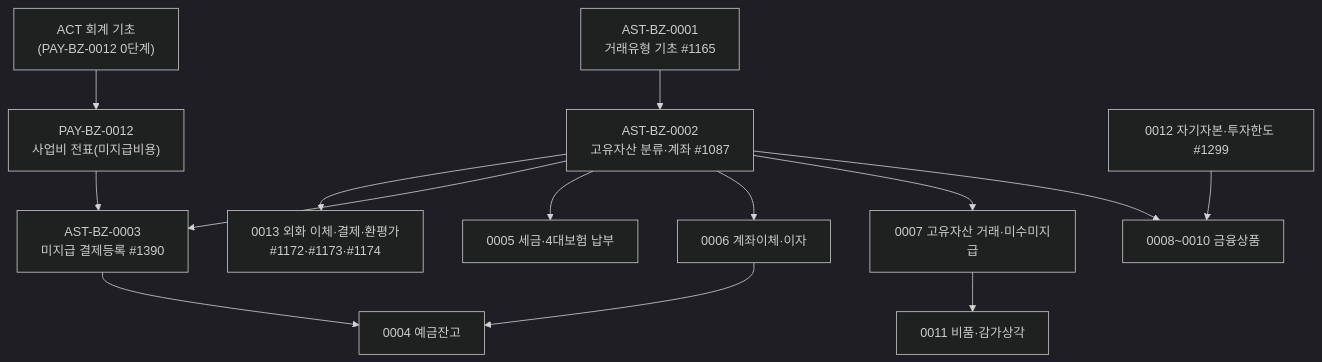
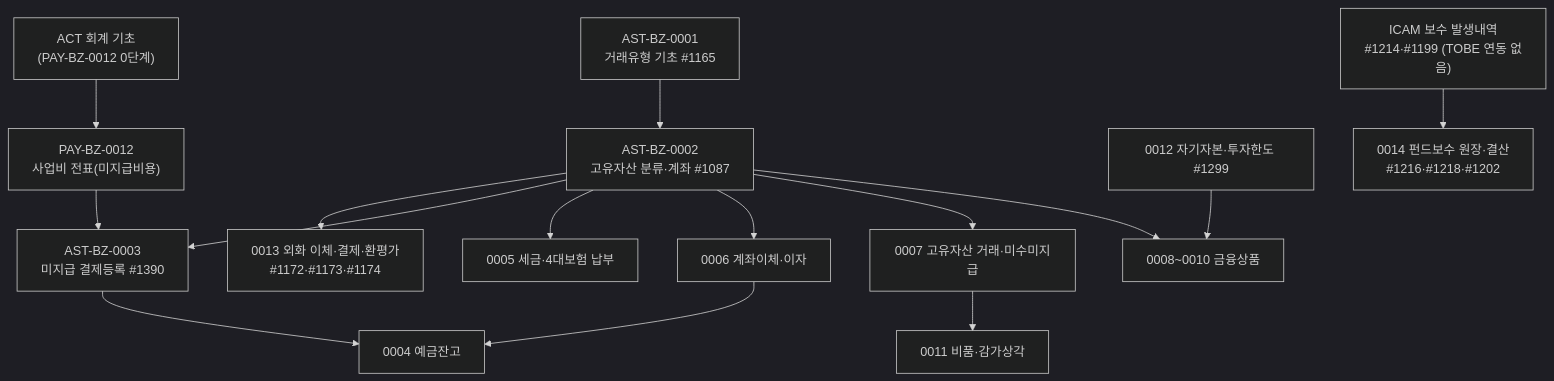
One commit to KimDoYoung/framework-sprt changed the diagram in AssetERP/docs/2-업무분석/biz-event/AST/AST-업무흐름.md. Above: the diagram before and after it, drawn with Mermaid (dark theme). The commit also changed other lines of this file and 4 other files, not shown here.

````diff
--- a/AssetERP/docs/2-업무분석/biz-event/AST/AST-업무흐름.md
+++ b/AssetERP/docs/2-업무분석/biz-event/AST/AST-업무흐름.md
@@ -5,24 +5,27 @@
 ```mermaid
 flowchart TD
     ACT["ACT 회계 기초<br/>(PAY-BZ-0012 0단계)"]
     A1["AST-BZ-0001<br/>거래유형 기초 #1165"]
     A2["AST-BZ-0002<br/>고유자산 분류·계좌 #1087"]
     P12["PAY-BZ-0012<br/>사업비 전표(미지급비용)"]
     A3["AST-BZ-0003<br/>미지급 결제등록 #1390"]
     A4["0004 예금잔고"]
     A5["0005 세금·4대보험 납부"]
     A6["0006 계좌이체·이자"]
     A7["0007 고유자산 거래·미수미지급"]
     A8["0008~0010 금융상품"]
     A11["0011 비품·감가상각"]
     A12["0012 자기자본·투자한도 #1299"]
     A12 --> A8
     A13["0013 외화 이체·결제·환평가<br/>#1172·#1173·#1174"]
     A2 --> A13
+    ICAM["ICAM 보수 발생내역<br/>#1214·#1199 (TOBE 연동 없음)"]
+    A14["0014 펀드보수 원장·결산<br/>#1216·#1218·#1202"]
+    ICAM --> A14
     A1 --> A2 --> A3 --> A4
     ACT --> P12 --> A3
     A2 --> A5
     A2 --> A6 --> A4
     A2 --> A7 --> A11
     A2 --> A8
 ```
````
